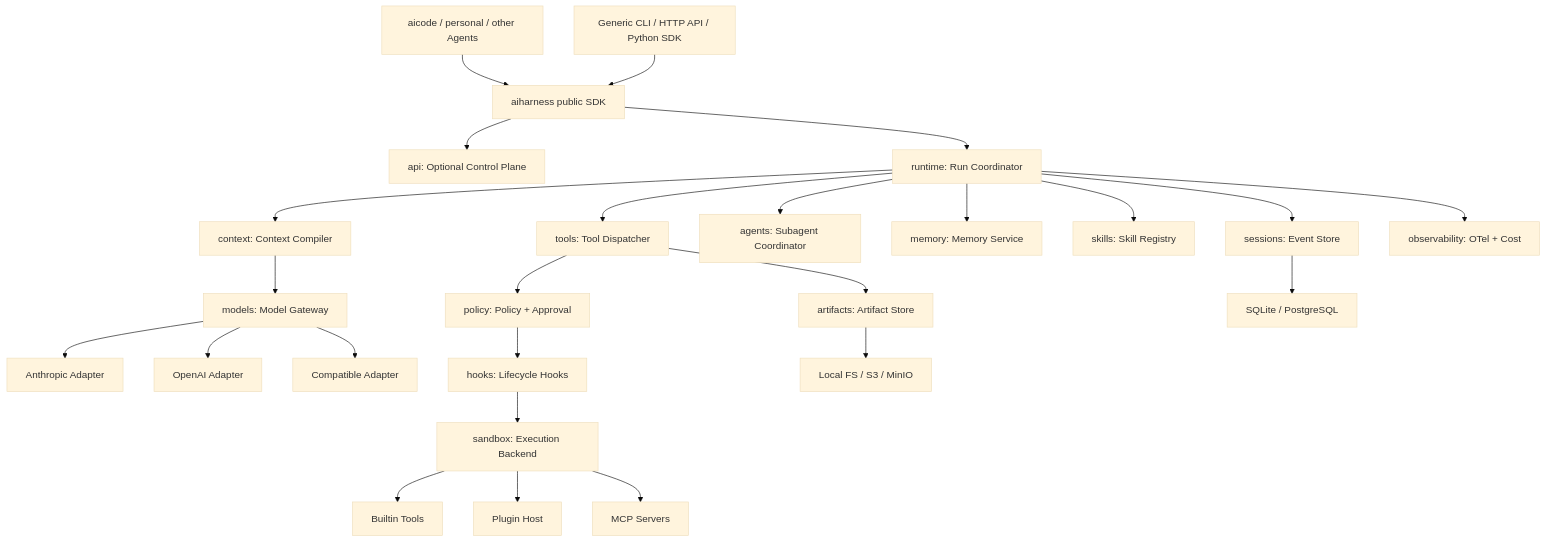
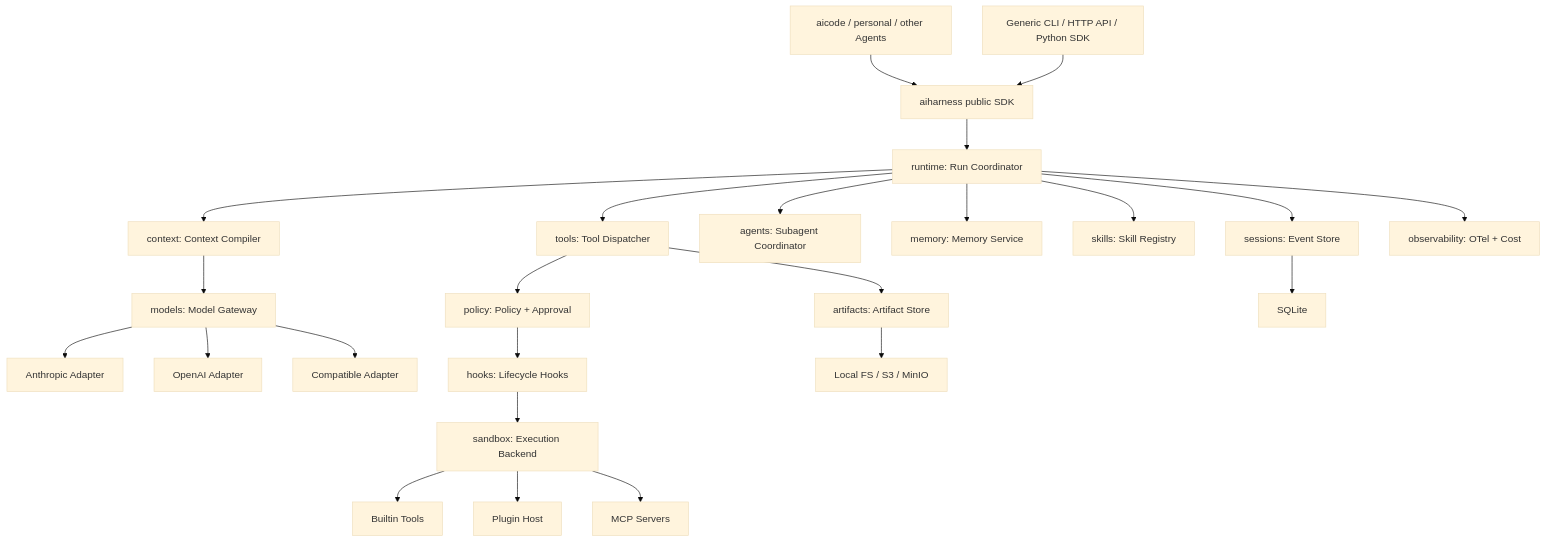
Before and after one commit to FineJade77/aihi: the diagram in docs/ARCHITECTURE.md, drawn with Mermaid (base theme). The commit also changed other lines of this file and 9 other files, not shown here.

````diff
--- a/docs/ARCHITECTURE.md
+++ b/docs/ARCHITECTURE.md
@@ -45,30 +45,29 @@
 ```mermaid
 flowchart TB
     A1["aicode / personal / other Agents"] --> H["aiharness public SDK"]
     U["Generic CLI / HTTP API / Python SDK"] --> H
-    H --> API["api: Optional Control Plane"]
     H --> R["runtime: Run Coordinator"]
     R --> C["context: Context Compiler"]
     C --> M["models: Model Gateway"]
     M --> P1["Anthropic Adapter"]
     M --> P2["OpenAI Adapter"]
     M --> P3["Compatible Adapter"]
 
     R --> D["tools: Tool Dispatcher"]
     D --> POL["policy: Policy + Approval"]
     POL --> HOOKS["hooks: Lifecycle Hooks"]
     HOOKS --> S["sandbox: Execution Backend"]
     S --> B["Builtin Tools"]
     S --> PH["Plugin Host"]
     S --> MCP["MCP Servers"]
 
     R --> A["agents: Subagent Coordinator"]
     R --> MEM["memory: Memory Service"]
     R --> SK["skills: Skill Registry"]
 
     R --> SES["sessions: Event Store"]
     D --> ART["artifacts: Artifact Store"]
     R --> OBS["observability: OTel + Cost"]
-    SES --> DB["SQLite / PostgreSQL"]
+    SES --> DB["SQLite"]
     ART --> OBJ["Local FS / S3 / MinIO"]
 ```
````
